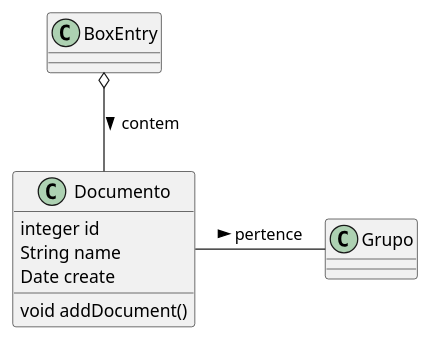
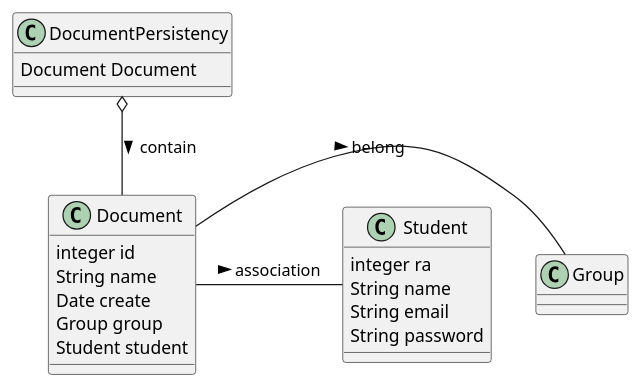
The diagram in items/development plant/Sender/Sender.wsd (rodrigoRolim/complementary-activities), drawn with PlantUML before and after one commit.

Commit message:
add classes group, student, document and documentPersitency

```diff
--- a/items/development plant/Sender/Sender.wsd
+++ b/items/development plant/Sender/Sender.wsd
@@ -1,10 +1,21 @@
 @startuml
-Class Documento {
+Class Document {
  integer id
  String name
  Date create
- void addDocument()
+ Group group
+ Student student
 }
-Documento - Grupo: pertence >
-BoxEntry o-- Documento: contem >
+Class DocumentPersistency {
+ Document Document
+}
+Class Student{
+ integer ra
+ String name
+ String email
+ String password
+}
+Document - Group: belong >
+DocumentPersistency o-- Document: contain >
+Document - Student: association >
 @enduml
```
